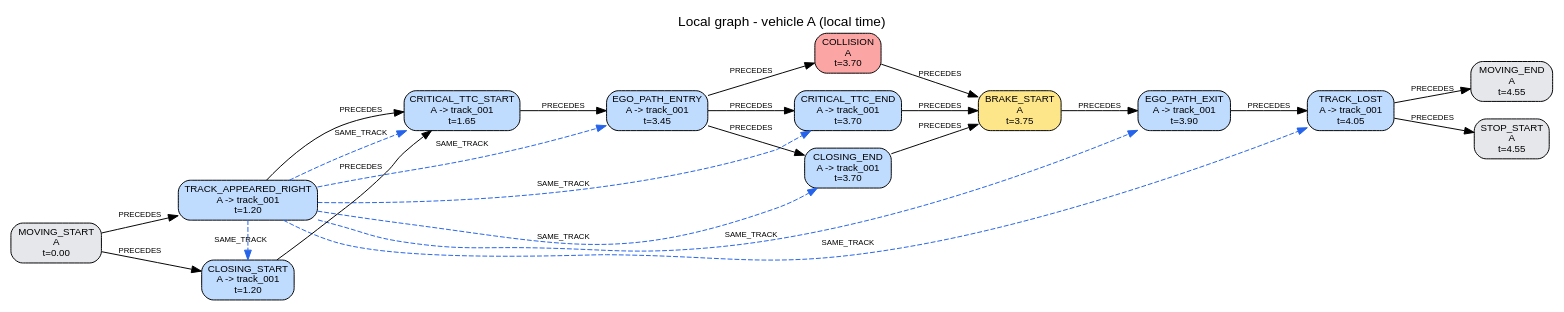
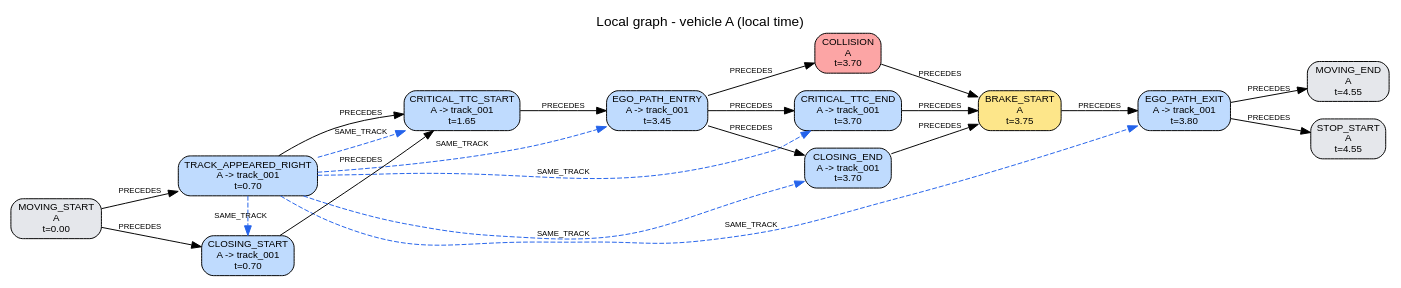
The diagram in traces/S05/run_0_crash/reconstruction/A/local_graph.dot (AndreaBedei1/causaldrive-forensics), drawn with Graphviz before and after one commit. The commit also changed 1505 other files, not shown here.

```diff
--- a/traces/S05/run_0_crash/reconstruction/A/local_graph.dot
+++ b/traces/S05/run_0_crash/reconstruction/A/local_graph.dot
@@ -1,43 +1,40 @@
 digraph "local_A" {
   graph [rankdir=LR, labelloc=t, fontname=Helvetica, label="Local graph - vehicle A (local time)"];
   node [shape=box, style="rounded,filled", fontname=Helvetica, fontsize=10];
   edge [fontname=Helvetica, fontsize=8];
   "A:e01" [label="MOVING_START\nA\nt=0.00", fillcolor="#e5e7eb"];
-  "A:e02" [label="TRACK_APPEARED_RIGHT\nA -> track_001\nt=1.20", fillcolor="#bfdbfe"];
-  "A:e03" [label="CLOSING_START\nA -> track_001\nt=1.20", fillcolor="#bfdbfe"];
+  "A:e02" [label="TRACK_APPEARED_RIGHT\nA -> track_001\nt=0.70", fillcolor="#bfdbfe"];
+  "A:e03" [label="CLOSING_START\nA -> track_001\nt=0.70", fillcolor="#bfdbfe"];
   "A:e04" [label="CRITICAL_TTC_START\nA -> track_001\nt=1.65", fillcolor="#bfdbfe"];
   "A:e05" [label="EGO_PATH_ENTRY\nA -> track_001\nt=3.45", fillcolor="#bfdbfe"];
   "A:e06" [label="COLLISION\nA\nt=3.70", fillcolor="#fca5a5"];
   "A:e07" [label="CRITICAL_TTC_END\nA -> track_001\nt=3.70", fillcolor="#bfdbfe"];
   "A:e08" [label="CLOSING_END\nA -> track_001\nt=3.70", fillcolor="#bfdbfe"];
   "A:e09" [label="BRAKE_START\nA\nt=3.75", fillcolor="#fde68a"];
-  "A:e10" [label="EGO_PATH_EXIT\nA -> track_001\nt=3.90", fillcolor="#bfdbfe"];
-  "A:e11" [label="TRACK_LOST\nA -> track_001\nt=4.05", fillcolor="#bfdbfe"];
-  "A:e12" [label="MOVING_END\nA\nt=4.55", fillcolor="#e5e7eb"];
-  "A:e13" [label="STOP_START\nA\nt=4.55", fillcolor="#e5e7eb"];
+  "A:e10" [label="EGO_PATH_EXIT\nA -> track_001\nt=3.80", fillcolor="#bfdbfe"];
+  "A:e11" [label="MOVING_END\nA\nt=4.55", fillcolor="#e5e7eb"];
+  "A:e12" [label="STOP_START\nA\nt=4.55", fillcolor="#e5e7eb"];
   {rank=same; "A:e02"; "A:e03";}
   {rank=same; "A:e06"; "A:e07"; "A:e08";}
-  {rank=same; "A:e12"; "A:e13";}
+  {rank=same; "A:e11"; "A:e12";}
   "A:e01" -> "A:e02" [label="PRECEDES"];
   "A:e01" -> "A:e03" [label="PRECEDES"];
   "A:e02" -> "A:e04" [label="PRECEDES"];
   "A:e03" -> "A:e04" [label="PRECEDES"];
   "A:e04" -> "A:e05" [label="PRECEDES"];
   "A:e05" -> "A:e06" [label="PRECEDES"];
   "A:e05" -> "A:e07" [label="PRECEDES"];
   "A:e05" -> "A:e08" [label="PRECEDES"];
   "A:e06" -> "A:e09" [label="PRECEDES"];
   "A:e07" -> "A:e09" [label="PRECEDES"];
   "A:e08" -> "A:e09" [label="PRECEDES"];
   "A:e09" -> "A:e10" [label="PRECEDES"];
   "A:e10" -> "A:e11" [label="PRECEDES"];
-  "A:e11" -> "A:e12" [label="PRECEDES"];
-  "A:e11" -> "A:e13" [label="PRECEDES"];
+  "A:e10" -> "A:e12" [label="PRECEDES"];
   "A:e02" -> "A:e03" [label="SAME_TRACK", style=dashed, color="#2563eb", constraint=false];
   "A:e02" -> "A:e04" [label="SAME_TRACK", style=dashed, color="#2563eb", constraint=false];
   "A:e02" -> "A:e05" [label="SAME_TRACK", style=dashed, color="#2563eb", constraint=false];
   "A:e02" -> "A:e07" [label="SAME_TRACK", style=dashed, color="#2563eb", constraint=false];
   "A:e02" -> "A:e08" [label="SAME_TRACK", style=dashed, color="#2563eb", constraint=false];
   "A:e02" -> "A:e10" [label="SAME_TRACK", style=dashed, color="#2563eb", constraint=false];
-  "A:e02" -> "A:e11" [label="SAME_TRACK", style=dashed, color="#2563eb", constraint=false];
 }
```
